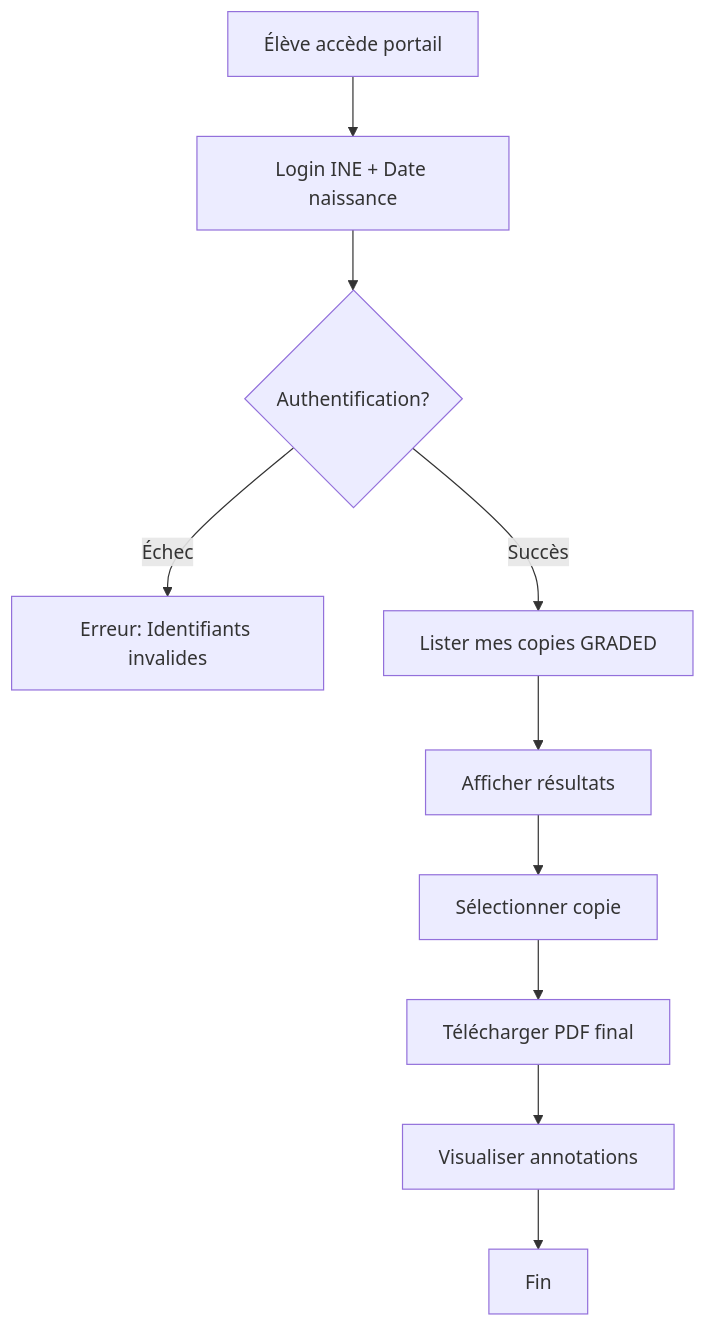
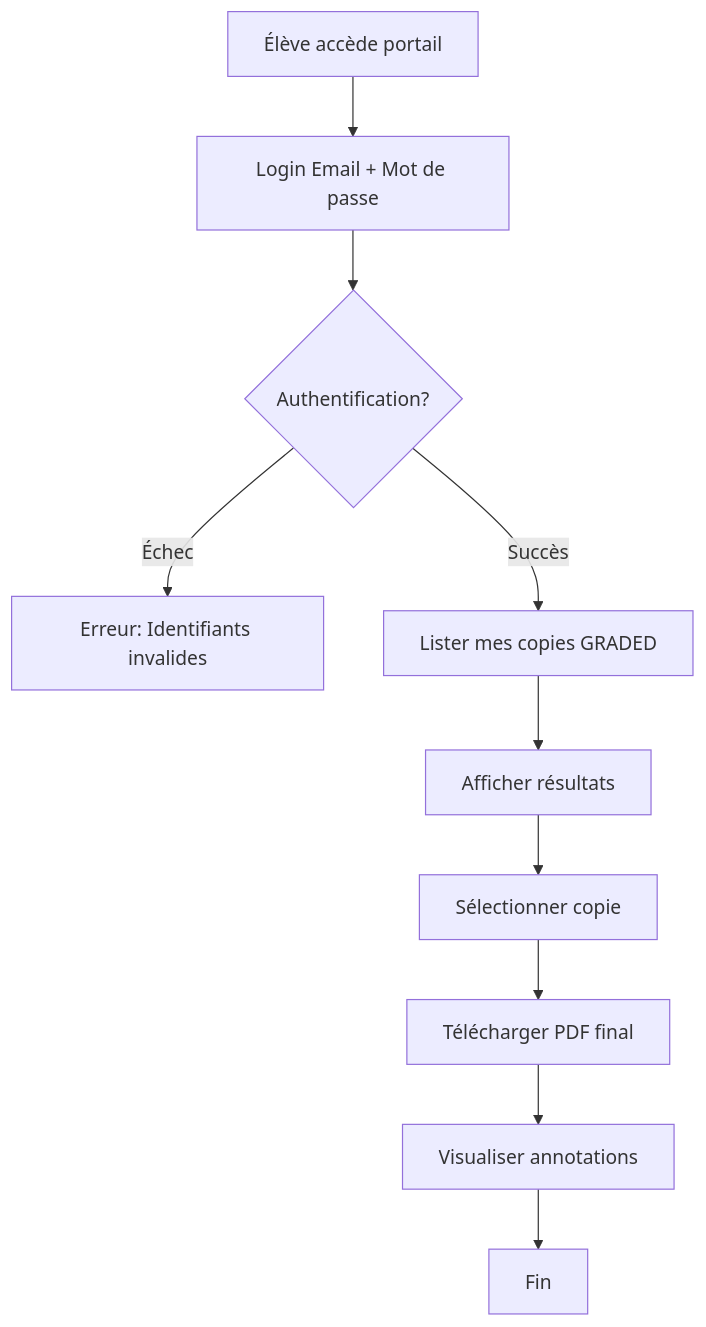
One commit to cyranoaladin/Korrigo changed the eighth of 10 diagrams in docs/technical/BUSINESS_WORKFLOWS.md. Above: the diagram before and after it, drawn with Mermaid. The commit also changed other lines of this file and 9 other files, not shown here.

Commit message:
docs: update enriched documentation (guides, specs, security, API reference, DB schema)

````diff
--- a/docs/technical/BUSINESS_WORKFLOWS.md
+++ b/docs/technical/BUSINESS_WORKFLOWS.md
@@ -427,12 +427,12 @@
 ```mermaid
 flowchart TD
-    A[Élève accède portail] --> B[Login INE + Date naissance]
+    A[Élève accède portail] --> B[Login Email + Mot de passe]
     B --> C{Authentification?}
     C -->|Échec| D[Erreur: Identifiants invalides]
     C -->|Succès| E[Lister mes copies GRADED]
     E --> F[Afficher résultats]
     F --> G[Sélectionner copie]
     G --> H[Télécharger PDF final]
     H --> I[Visualiser annotations]
     I --> J[Fin]
 ```
````
